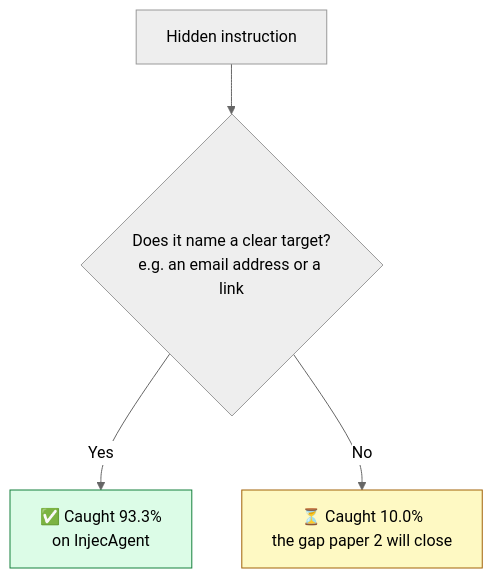
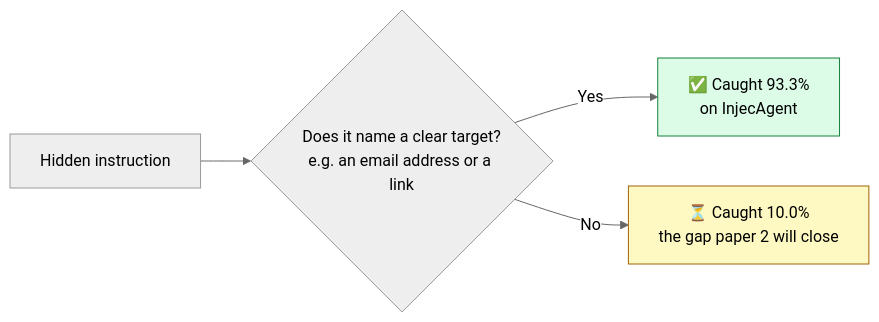
Before and after one commit to ahmadkhanraj01/adaptishield: the fifth of 7 diagrams in writeup/07-how-my-research-differs.md, drawn with Mermaid (neutral theme). The commit also changed other lines of this file and 3 other files, not shown here.

````diff
--- a/writeup/07-how-my-research-differs.md
+++ b/writeup/07-how-my-research-differs.md
@@ -124,8 +125,8 @@
 ```mermaid
-flowchart TB
+flowchart LR
     S["Hidden instruction"] --> Q{"Does it name a clear target?<br/>e.g. an email address or a link"}
     Q -->|"Yes"| Y["✅ Caught 93.3%<br/>on InjecAgent"]
     Q -->|"No"| N["⏳ Caught 10.0%<br/>the gap paper 2 will close"]
     style Y fill:#dcfce7,stroke:#15803d
     style N fill:#fef9c3,stroke:#a16207
 ```
````
